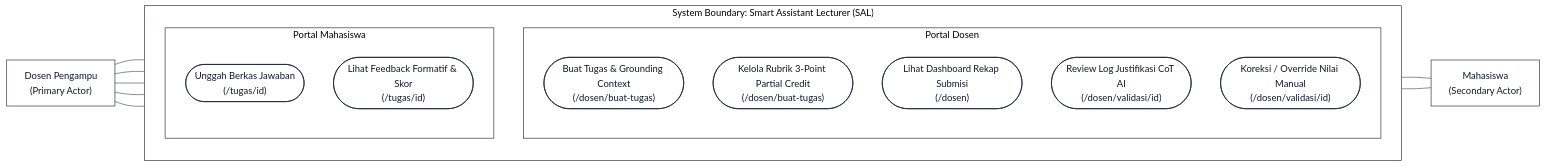
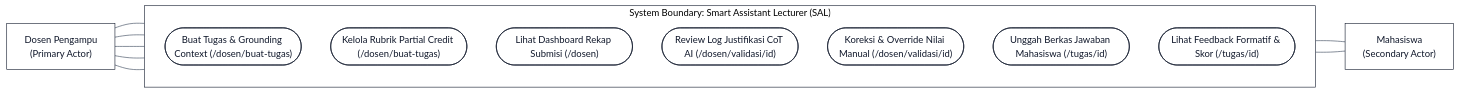
One commit to reyvanpurnama/smart-assistant-lecturer changed the first of 4 diagrams in docs/06_revisi_sidang_akhir/03_UML_USECASE_DAN_3_SEQUENCE_DIAGRAMS_BAB3.md. Above: the diagram before and after it, drawn with Mermaid. The commit also changed other lines of this file, not shown here.

Commit message:
fix(docs): optimize Use Case diagram layout to 3-column horizontal structure (Dosen Left, System Boundary Center, Mahasiswa Right)

````diff
--- a/docs/06_revisi_sidang_akhir/03_UML_USECASE_DAN_3_SEQUENCE_DIAGRAMS_BAB3.md
+++ b/docs/06_revisi_sidang_akhir/03_UML_USECASE_DAN_3_SEQUENCE_DIAGRAMS_BAB3.md
@@ -29,46 +29,39 @@
 ```mermaid
 %%{init: {
   'theme': 'base',
   'themeVariables': {
     'fontFamily': 'Arial, sans-serif',
     'fontSize': '16px',
     'primaryColor': '#ffffff',
     'primaryTextColor': '#0f172a',
     'primaryBorderColor': '#0f172a',
     'lineColor': '#334155',
     'clusterBkg': '#ffffff',
     'clusterBorder': '#0f172a'
   }
 }}%%
 flowchart LR
     Dosen["Dosen Pengampu<br/>(Primary Actor)"]
 
     subgraph SystemBoundary["System Boundary: Smart Assistant Lecturer (SAL)"]
         direction TB
-        subgraph DosenPages["Portal Dosen"]
-            direction TB
-            UC1(["Buat Tugas & Grounding Context<br/>(/dosen/buat-tugas)"])
-            UC2(["Kelola Rubrik 3-Point Partial Credit<br/>(/dosen/buat-tugas)"])
-            UC3(["Lihat Dashboard Rekap Submisi<br/>(/dosen)"])
-            UC4(["Review Log Justifikasi CoT AI<br/>(/dosen/validasi/id)"])
-            UC5(["Koreksi / Override Nilai Manual<br/>(/dosen/validasi/id)"])
-        end
-
-        subgraph StudentPages["Portal Mahasiswa"]
-            direction TB
-            UC6(["Unggah Berkas Jawaban<br/>(/tugas/id)"])
-            UC7(["Lihat Feedback Formatif & Skor<br/>(/tugas/id)"])
-        end
+        UC1(["Buat Tugas & Grounding Context (/dosen/buat-tugas)"])
+        UC2(["Kelola Rubrik Partial Credit (/dosen/buat-tugas)"])
+        UC3(["Lihat Dashboard Rekap Submisi (/dosen)"])
+        UC4(["Review Log Justifikasi CoT AI (/dosen/validasi/id)"])
+        UC5(["Koreksi & Override Nilai Manual (/dosen/validasi/id)"])
+        UC6(["Unggah Berkas Jawaban Mahasiswa (/tugas/id)"])
+        UC7(["Lihat Feedback Formatif & Skor (/tugas/id)"])
     end
 
     Mahasiswa["Mahasiswa<br/>(Secondary Actor)"]
 
     Dosen --- UC1
     Dosen --- UC2
     Dosen --- UC3
     Dosen --- UC4
     Dosen --- UC5
 
     UC6 --- Mahasiswa
     UC7 --- Mahasiswa
 ```
````
